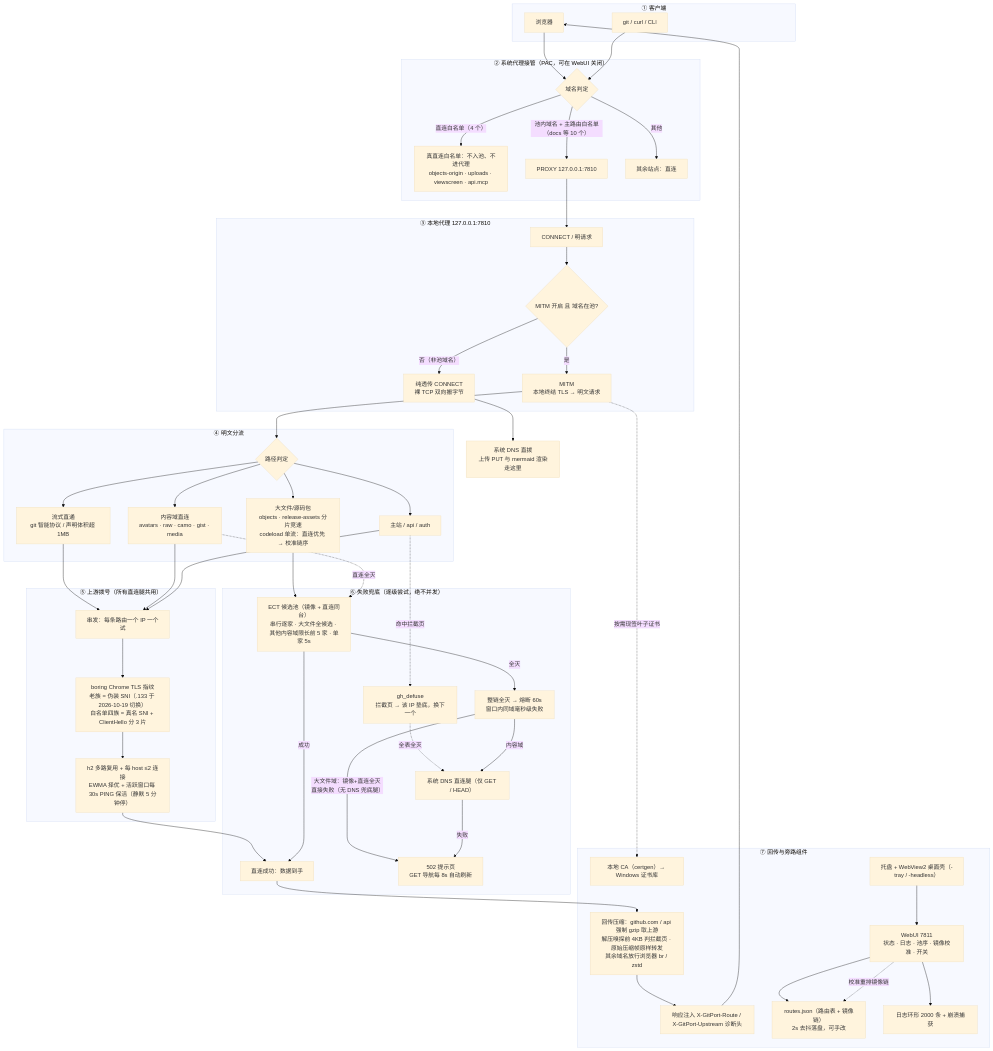
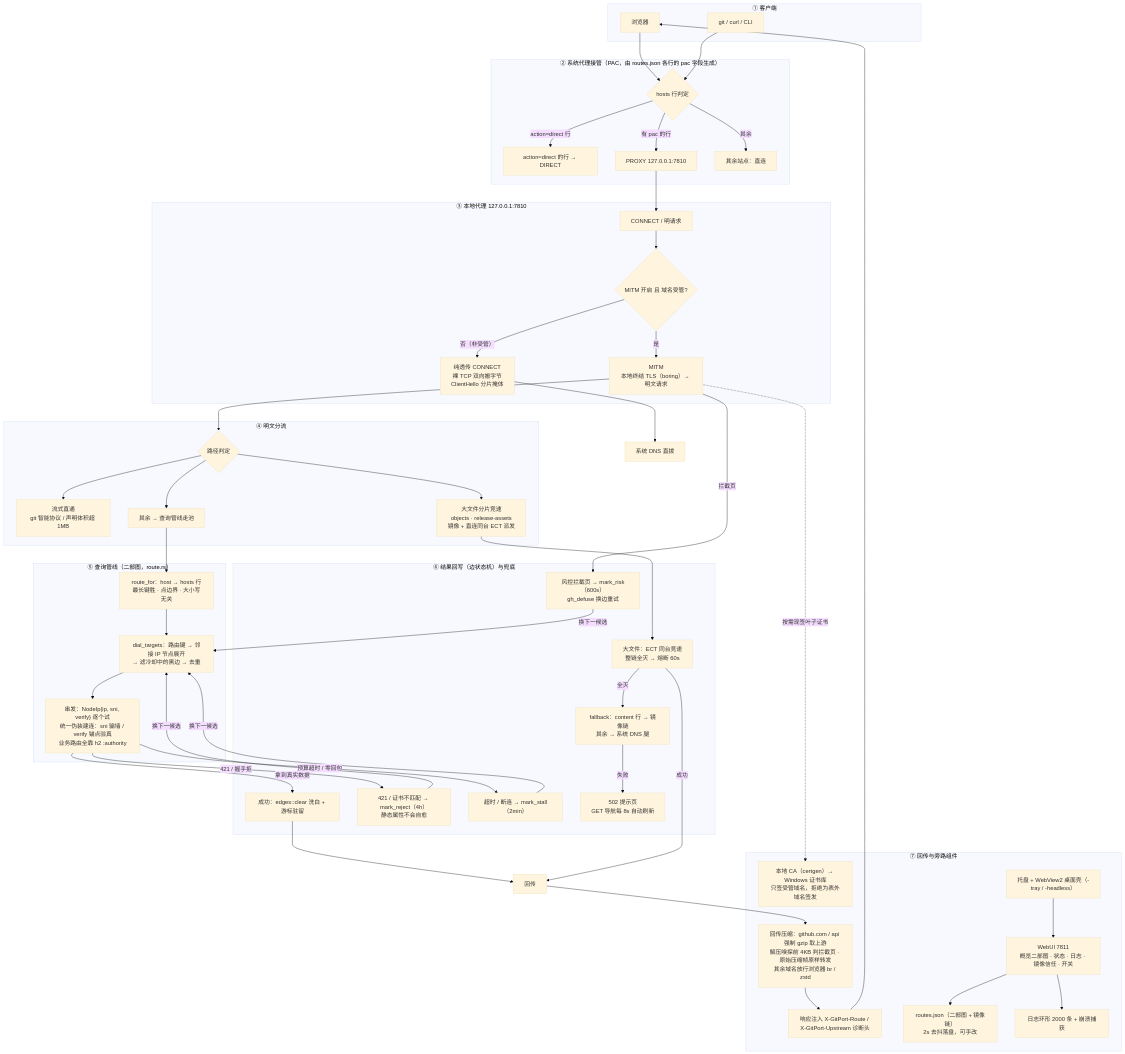
The first of 2 diagrams in docs/ARCHITECTURE.md (zhidian-cmd/gitport-github), drawn with Mermaid (base theme) before and after one commit. The commit also changed other lines of this file and 6 other files, not shown here.

````diff
--- a/docs/ARCHITECTURE.md
+++ b/docs/ARCHITECTURE.md
@@ -8,83 +10,81 @@
         B["浏览器"]
         G["git / curl / CLI"]
     end
-    subgraph L2["② 系统代理接管（PAC，可在 WebUI 关闭）"]
-        P1{"域名判定"}
-        WL["真直连白名单：不入池、不进代理<br/>objects-origin · uploads · viewscreen · api.mcp"]
+    subgraph L2["② 系统代理接管（PAC，由 routes.json 各行的 pac 字段生成）"]
+        P1{"hosts 行判定"}
+        DL["action=direct 的行 → DIRECT"]
         PX["PROXY 127.0.0.1:7810"]
         OD["其余站点：直连"]
     end
     B --> P1
     G --> P1
-    P1 -->|"直连白名单（4 个）"| WL
-    P1 -->|"池内域名 + 主路由白名单（docs 等 10 个）"| PX
-    P1 -->|"其他"| OD
+    P1 -->|"action=direct 行"| DL
+    P1 -->|"有 pac 的行"| PX
+    P1 -->|"其余"| OD
     subgraph L3["③ 本地代理 127.0.0.1:7810"]
         C1["CONNECT / 明请求"]
-        M1{"MITM 开启 且 域名在池?"}
-        PASS["纯透传 CONNECT<br/>裸 TCP 双向搬字节"]
-        MITM["MITM<br/>本地终结 TLS → 明文请求"]
+        M1{"MITM 开启 且 域名受管?"}
+        PASS["纯透传 CONNECT<br/>裸 TCP 双向搬字节<br/>ClientHello 分片掩体"]
+        MITM["MITM<br/>本地终结 TLS（boring）→ 明文请求"]
     end
     PX --> C1
     C1 --> M1
-    M1 -->|"否（非池域名）"| PASS
+    M1 -->|"否（非受管）"| PASS
     M1 -->|"是"| MITM
-    PASS --> SD["系统 DNS 直拨<br/>上传 PUT 与 mermaid 渲染走这里"]
+    PASS --> SD["系统 DNS 直拨"]
     subgraph L4["④ 明文分流"]
         Q{"路径判定"}
         S1["流式直通<br/>git 智能协议 / 声明体积超 1MB"]
-        S2["大文件/源码包<br/>objects · release-assets 分片竞速<br/>codeload 单流：直连优先 → 校准链序"]
-        S3["内容域直连<br/>avatars · raw · camo · gist · media"]
-        S4["主站 / api / auth"]
+        S2["大文件分片竞速<br/>objects · release-assets<br/>镜像 + 直连同台 ECT 派发"]
+        S3["其余 → 查询管线走池"]
     end
     MITM --> Q
     Q --> S1
     Q --> S2
     Q --> S3
-    Q --> S4
-    subgraph L5["⑤ 上游拨号（所有直连腿共用）"]
-        D1["串发：每条路由一个 IP 一个试"]
-        T1["boring Chrome TLS 指纹<br/>老族 = 伪装 SNI（.133 于 2026-10-19 切换）<br/>白名单四族 = 真名 SNI + ClientHello 分 3 片"]
-        H1["h2 多路复用 + 每 host ≤2 连接<br/>EWMA 择优 + 活跃窗口每 30s PING 保活（静默 5 分钟停）"]
+    subgraph L5["⑤ 查询管线（二部图，route.rs）"]
+        R1["route_for：host → hosts 行<br/>最长键胜 · 点边界 · 大小写无关"]
+        R2["dial_targets：路由键 → 邻接 IP 节点展开<br/>→ 滤冷却中的黑边 → 去重"]
+        D1["串发：NodeIp{ip, sni, verify} 逐个试<br/>统一伪装建连：sni 骗墙 / verify 锚点验真<br/>业务路由全靠 h2 :authority"]
     end
-    S1 --> D1
-    S3 --> D1
-    S4 --> D1
-    D1 --> T1
-    T1 --> H1
-    subgraph L6["⑥ 失败兜底（逐级尝试，绝不并发）"]
-        GH["直连成功：数据到手"]
-        GD["gh_defuse<br/>拦截页 → 该 IP 垫底，换下一个"]
-        MK["ECT 候选池（镜像 + 直连同台）<br/>串行逐家 · 大文件全候选 · 其他内容域限长前 5 家 · 单家 5s"]
-        BRK["整链全灭 → 熔断 60s<br/>窗口内同域毫秒级失败"]
-        DNSL["系统 DNS 直连腿（仅 GET / HEAD）"]
+    S3 --> R1
+    R1 --> R2
+    R2 --> D1
+    subgraph L6["⑥ 结果回写（边状态机）与兜底"]
+        OK["成功：edges::clear 洗白 + 游标驻留"]
+        REJ["421 / 证书不匹配 → mark_reject（4h）<br/>静态属性不会自愈"]
+        STL["超时 / 断连 → mark_stall（2min）"]
+        RISK["风控拦截页 → mark_risk（600s）<br/>gh_defuse 换边重试"]
+        MK["大文件：ECT 同台竞速<br/>整链全灭 → 熔断 60s"]
+        FB["fallback：content 行 → 镜像链<br/>其余 → 系统 DNS 腿"]
         E502["502 提示页<br/>GET 导航每 8s 自动刷新"]
     end
-    H1 --> GH
+    D1 -->|"拿到真实数据"| OK
+    D1 -->|"421 / 握手拒"| REJ
+    D1 -->|"预算超时 / 零回包"| STL
+    MITM -->|"拦截页"| RISK
+    REJ -->|"换下一候选"| R2
+    STL -->|"换下一候选"| R2
+    RISK -->|"换下一候选"| R2
+    OK --> R7["回传"]
     S2 --> MK
-    S3 -.->|"直连全灭"| MK
-    S4 -.->|"命中拦截页"| GD
-    GD -.->|"全表全灭"| DNSL
-    MK -->|"成功"| GH
-    MK -->|"全灭"| BRK
-    BRK -->|"内容域"| DNSL
-    BRK -->|"大文件域：镜像+直连全灭直接失败（无 DNS 兜底腿）"| E502
-    DNSL -->|"失败"| E502
+    MK -->|"成功"| R7
+    MK -->|"全灭"| FB
+    FB -->|"失败"| E502
     subgraph L7["⑦ 回传与旁路组件"]
-        R1["回传压缩：github.com / api 强制 gzip 取上游<br/>解压嗅探前 4KB 判拦截页 · 原始压缩帧原样转发<br/>其余域名放行浏览器 br / zstd"]
-        R2["响应注入 X-GitPort-Route / X-GitPort-Upstream 诊断头"]
-        CA["本地 CA（certgen）→ Windows 证书库"]
-        WUI["WebUI 7811<br/>状态 · 日志 · 池序 · 镜像校准 · 开关"]
-        ROUTES["routes.json（路由表 + 镜像链）<br/>2s 去抖落盘，可手改"]
+        R1b["回传压缩：github.com / api 强制 gzip 取上游<br/>解压嗅探前 4KB 判拦截页 · 原始压缩帧原样转发<br/>其余域名放行浏览器 br / zstd"]
+        R2b["响应注入 X-GitPort-Route / X-GitPort-Upstream 诊断头"]
+        CA["本地 CA（certgen）→ Windows 证书库<br/>只签受管域名，拒绝为表外域名签发"]
+        WUI["WebUI 7811<br/>概览二部图 · 状态 · 日志 · 镜像信任 · 开关"]
+        ROUTES["routes.json（二部图 + 镜像链）<br/>2s 去抖落盘，可手改"]
         TRAY["托盘 + WebView2 桌面壳（-tray / -headless）"]
         LOG["日志环形 2000 条 + 崩溃捕获"]
     end
-    GH --> R1
-    R1 --> R2
-    R2 --> B
+    R7 --> R1b
+    R1b --> R2b
+    R2b --> B
     MITM -.->|"按需现签叶子证书"| CA
     WUI --> ROUTES
     WUI --> LOG
     TRAY --> WUI
-    WUI -.->|"校准重排镜像链"| ROUTES
 ```
````
